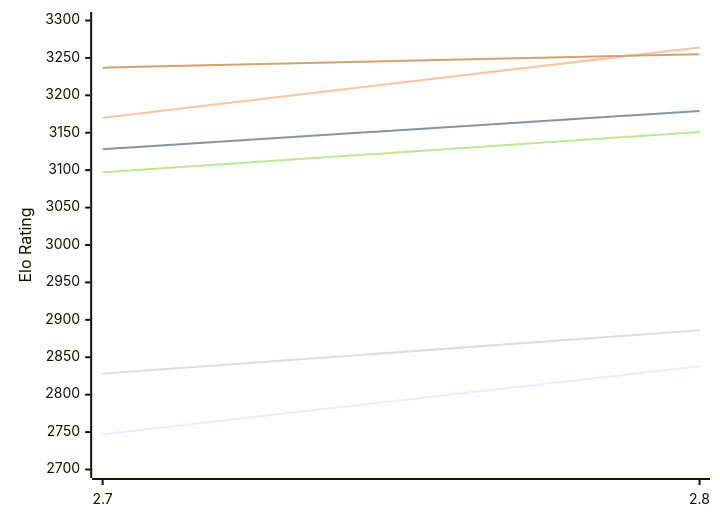
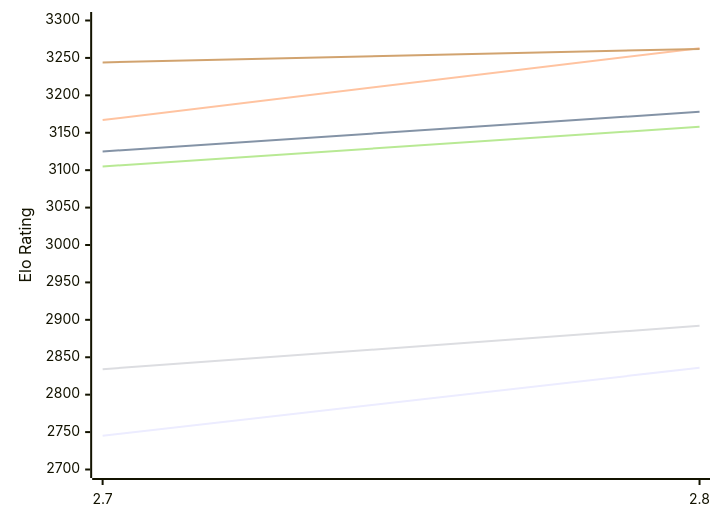
Before and after one commit to computer-chess-index/cci: the first of 2 diagrams in engines/Arcanum.md, drawn with Mermaid. The commit also changed other lines of this file, not shown here.

Commit message:
Update CCI Ratings (ELO VLTC) - 2026-11-23

````diff
--- a/engines/Arcanum.md
+++ b/engines/Arcanum.md
@@ -50,12 +50,12 @@
 ```mermaid
 %%{init: {"theme":"base","themeVariables":{"seriesColors:['#a3a3a3','#222221','#faa371']}}}%%
 xychart-beta
   x-axis ["2.7", "2.8"]
   y-axis "Elo Rating" 2700 --> 3300
-  line "E1: STC (8.0+0.08s)" [2747, 2838]
-  line "E1: LTC (60.0+0.60s)" [3128, 3179]
-  line "E1: VLTC (2m24s+1.12s)" [3170, 3264]
-  line "P1: STC (8.0+0.08s)" [2828, 2886]
-  line "P1: LTC (60.0+0.60s)" [3097, 3151]
-  line "P1: VLTC (2m24s+1.12s)" [3237, 3255]
+  line "E1: STC (8.0+0.08s)" [2745, 2836]
+  line "E1: LTC (60.0+0.60s)" [3125, 3178]
+  line "E1: VLTC (2m24s+1.12s)" [3167, 3263]
+  line "P1: STC (8.0+0.08s)" [2834, 2892]
+  line "P1: LTC (60.0+0.60s)" [3105, 3158]
+  line "P1: VLTC (2m24s+1.12s)" [3244, 3262]
 ```
````
